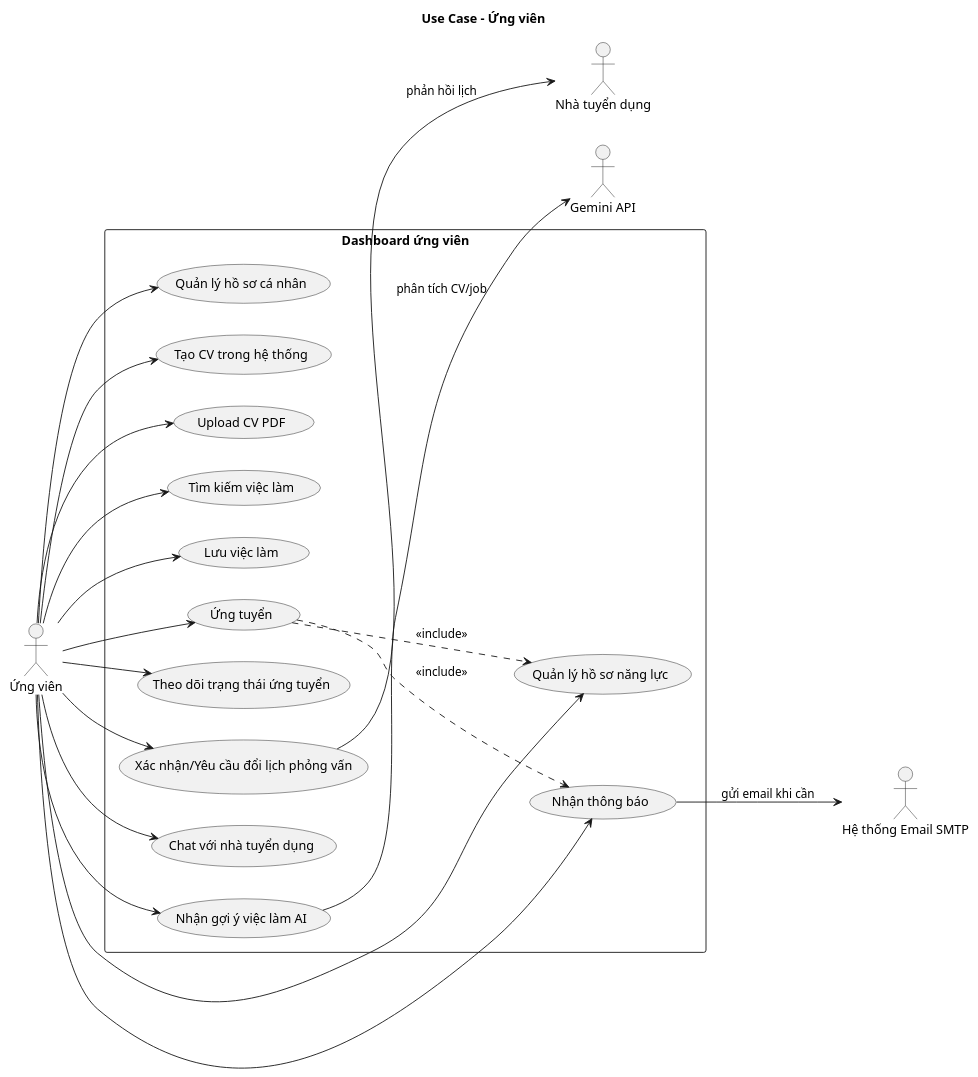
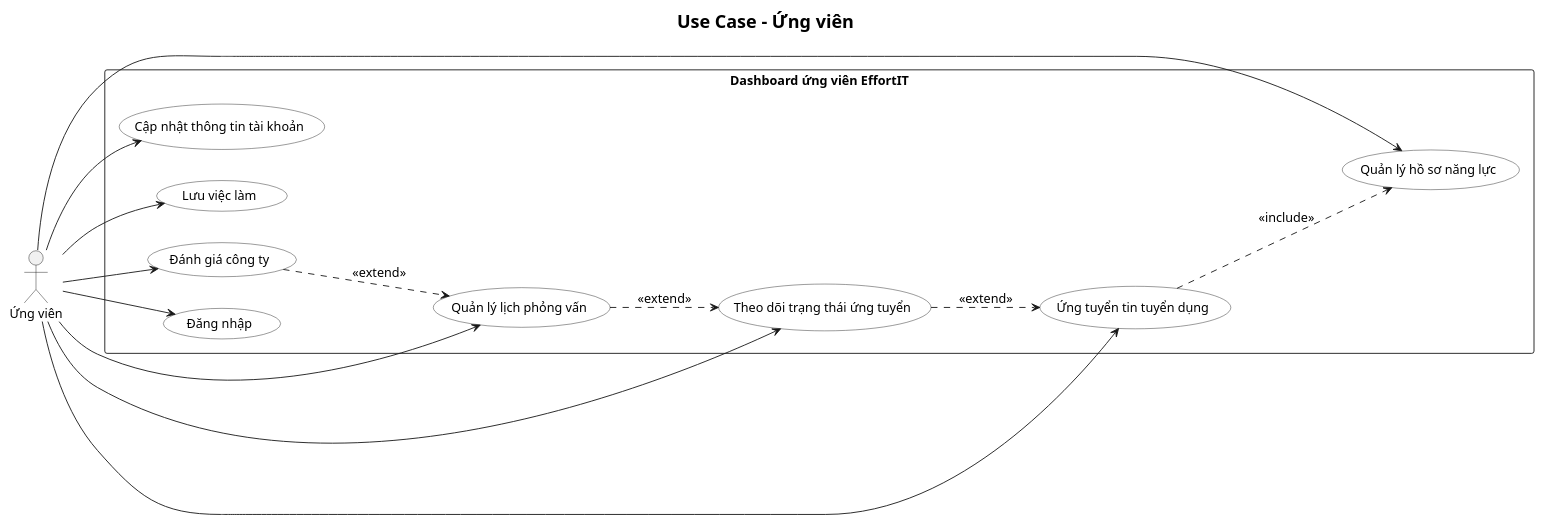
The diagram in docs/so-do/01-usecase/03-usecase-ung-vien.puml (hole-six/DoAn), drawn with PlantUML before and after one commit. The commit also changed other lines of this file and 201 other files, not shown here.

```diff
--- a/docs/so-do/01-usecase/03-usecase-ung-vien.puml
+++ b/docs/so-do/01-usecase/03-usecase-ung-vien.puml
@@ -1,44 +1,42 @@
 @startuml
+skinparam defaultFontName "Segoe UI"
+skinparam titleFontName "Segoe UI"
+skinparam defaultFontSize 14
+skinparam titleFontSize 20
 left to right direction
 skinparam shadowing false
+skinparam packageStyle rectangle
+skinparam actorStyle stick
+skinparam usecase {
+  BackgroundColor White
+  BorderColor #222222
+}
 title Use Case - Ứng viên
 
 actor "Ứng viên" as Candidate
-actor "Nhà tuyển dụng" as Employer
-actor "Hệ thống Email SMTP" as Mail
-actor "Gemini API" as Gemini
 
-rectangle "Dashboard ứng viên" {
-  usecase "Quản lý hồ sơ cá nhân" as Profile
-  usecase "Tạo CV trong hệ thống" as CreateCV
-  usecase "Upload CV PDF" as UploadCV
-  usecase "Quản lý hồ sơ năng lực" as Portfolio
-  usecase "Tìm kiếm việc làm" as Search
+rectangle "Dashboard ứng viên EffortIT" {
+  usecase "Đăng nhập" as Login
+  usecase "Cập nhật thông tin tài khoản" as UpdateAccount
+  usecase "Quản lý hồ sơ năng lực" as Profile
   usecase "Lưu việc làm" as SaveJob
-  usecase "Ứng tuyển" as Apply
+  usecase "Ứng tuyển tin tuyển dụng" as Apply
   usecase "Theo dõi trạng thái ứng tuyển" as Track
-  usecase "Xác nhận/Yêu cầu đổi lịch phỏng vấn" as InterviewReply
-  usecase "Nhận thông báo" as Notify
-  usecase "Chat với nhà tuyển dụng" as Chat
-  usecase "Nhận gợi ý việc làm AI" as AIRecommend
+  usecase "Quản lý lịch phỏng vấn" as Interview
+  usecase "Đánh giá công ty" as Review
 }
 
+Candidate --> Login
+Candidate --> UpdateAccount
 Candidate --> Profile
-Candidate --> CreateCV
-Candidate --> UploadCV
-Candidate --> Portfolio
-Candidate --> Search
 Candidate --> SaveJob
 Candidate --> Apply
 Candidate --> Track
-Candidate --> InterviewReply
-Candidate --> Notify
-Candidate --> Chat
-Candidate --> AIRecommend
+Candidate --> Interview
+Candidate --> Review
 
-Apply ..> Portfolio : <<include>>
-Apply ..> Notify : <<include>>
-InterviewReply --> Employer : phản hồi lịch
-Notify --> Mail : gửi email khi cần
-AIRecommend --> Gemini : phân tích CV/job
+Apply ..> Profile : <<include>>
+Track ..> Apply : <<extend>>
+Interview ..> Track : <<extend>>
+Review ..> Interview : <<extend>>
 @enduml
```
